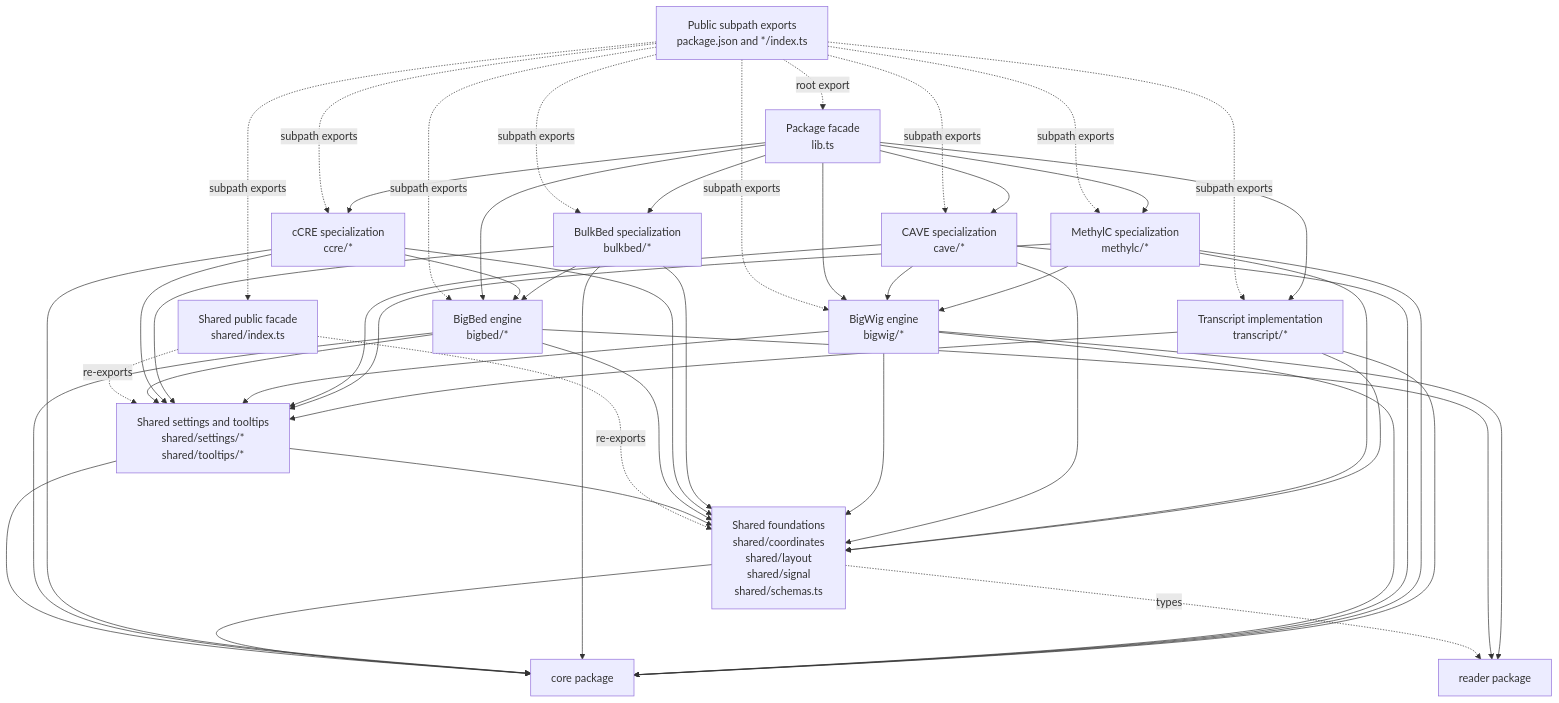
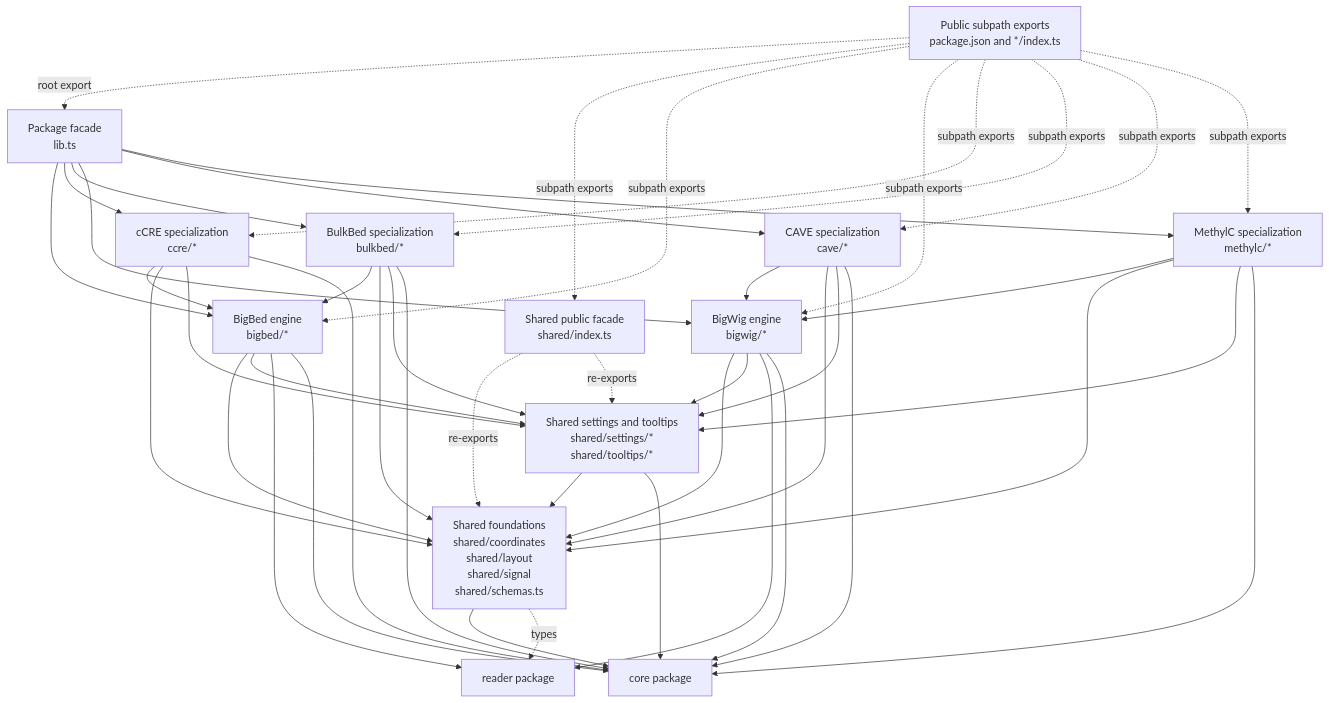
Before and after one commit to weng-lab/genomebrowser: the third of 7 diagrams in docs/module-dependencies.md, drawn with Mermaid. The commit also changed other lines of this file and 45 other files, not shown here.

Commit message:
Remove the old GraphQL Transcript track and core endpoint export (#230)

````diff
--- a/docs/module-dependencies.md
+++ b/docs/module-dependencies.md
@@ -150,78 +149,72 @@
 ```mermaid
 flowchart TB
   API["Package facade<br/>lib.ts"]
   EXPORTS["Public subpath exports<br/>package.json and */index.ts"]
 
   SHARED_API["Shared public facade<br/>shared/index.ts"]
   FOUNDATION["Shared foundations<br/>shared/coordinates<br/>shared/layout<br/>shared/signal<br/>shared/schemas.ts"]
   SHARED_UI["Shared settings and tooltips<br/>shared/settings/*<br/>shared/tooltips/*"]
 
   BIGBED["BigBed engine<br/>bigbed/*"]
   CCRE["cCRE specialization<br/>ccre/*"]
   BULKBED["BulkBed specialization<br/>bulkbed/*"]
 
   BIGWIG["BigWig engine<br/>bigwig/*"]
   CAVE["CAVE specialization<br/>cave/*"]
   METHYLC["MethylC specialization<br/>methylc/*"]
 
-  TRANSCRIPT["Transcript implementation<br/>transcript/*"]
   CORE["core package"]
   READER["reader package"]
 
   EXPORTS -. "root export" .-> API
   EXPORTS -. "subpath exports" .-> SHARED_API
   EXPORTS -. "subpath exports" .-> BIGBED
   EXPORTS -. "subpath exports" .-> BIGWIG
   EXPORTS -. "subpath exports" .-> CCRE
   EXPORTS -. "subpath exports" .-> BULKBED
   EXPORTS -. "subpath exports" .-> CAVE
   EXPORTS -. "subpath exports" .-> METHYLC
-  EXPORTS -. "subpath exports" .-> TRANSCRIPT
 
   API --> BIGBED
   API --> CCRE
   API --> BULKBED
   API --> BIGWIG
   API --> CAVE
   API --> METHYLC
-  API --> TRANSCRIPT
 
   SHARED_API -. "re-exports" .-> FOUNDATION
   SHARED_API -. "re-exports" .-> SHARED_UI
   SHARED_UI --> FOUNDATION
   SHARED_UI --> CORE
   FOUNDATION --> CORE
   FOUNDATION -. "types" .-> READER
 
   BIGBED --> FOUNDATION
   BIGBED --> SHARED_UI
   CCRE --> BIGBED
   CCRE --> FOUNDATION
   CCRE --> SHARED_UI
   BULKBED --> BIGBED
   BULKBED --> FOUNDATION
   BULKBED --> SHARED_UI
 
   BIGWIG --> FOUNDATION
   BIGWIG --> SHARED_UI
   CAVE --> BIGWIG
   CAVE --> FOUNDATION
   CAVE --> SHARED_UI
   METHYLC --> BIGWIG
   METHYLC --> FOUNDATION
   METHYLC --> SHARED_UI
 
-  TRANSCRIPT --> FOUNDATION
-  TRANSCRIPT --> SHARED_UI
 
   BIGBED --> READER
   BIGWIG --> READER
 
   BIGBED --> CORE
   CCRE --> CORE
   BULKBED --> CORE
   BIGWIG --> CORE
   CAVE --> CORE
   METHYLC --> CORE
-  TRANSCRIPT --> CORE
 ```
````
